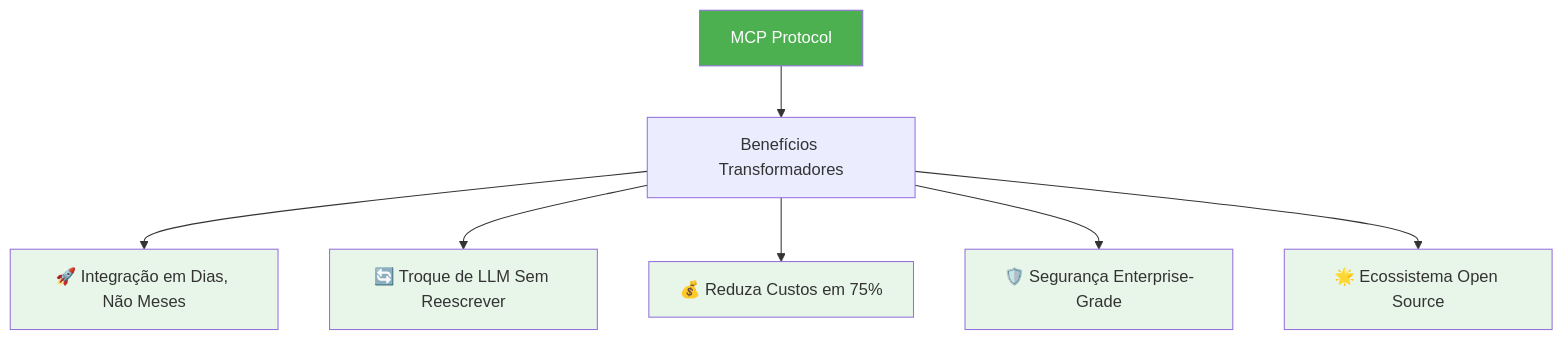
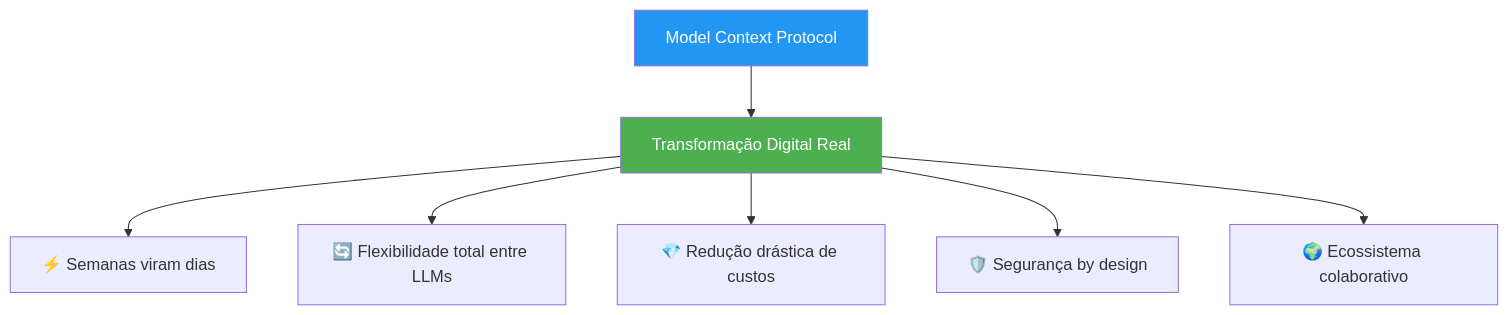
One commit to felipepimentel/my-public-notes changed the third of 17 diagrams in AI/Comunicação/MCP/00-mcp-presentation-zero to hero.md. Above: the diagram before and after it, drawn with Mermaid. The commit also changed other lines of this file, not shown here.

````diff
--- a/AI/Comunicação/MCP/00-mcp-presentation-zero to hero.md
+++ b/AI/Comunicação/MCP/00-mcp-presentation-zero to hero.md
@@ -57,17 +57,13 @@
 ```mermaid
 graph TD
-    MCP[MCP Protocol] --> BEN[Benefícios Transformadores]
+    MCP[Model Context Protocol] --> TRANS[Transformação Digital Real]
     
-    BEN --> B1[🚀 Integração em Dias, Não Meses]
-    BEN --> B2[🔄 Troque de LLM Sem Reescrever]
-    BEN --> B3[💰 Reduza Custos em 75%]
-    BEN --> B4[🛡️ Segurança Enterprise-Grade]
-    BEN --> B5[🌟 Ecossistema Open Source]
+    TRANS --> T1[⚡ Semanas viram dias]
+    TRANS --> T2[🔄 Flexibilidade total entre LLMs]
+    TRANS --> T3[💎 Redução drástica de custos]
+    TRANS --> T4[🛡️ Segurança by design]
+    TRANS --> T5[🌍 Ecossistema colaborativo]
     
-    style MCP fill:#4CAF50,color:#fff
-    style B1 fill:#e8f5e9
-    style B2 fill:#e8f5e9
-    style B3 fill:#e8f5e9
-    style B4 fill:#e8f5e9
-    style B5 fill:#e8f5e9
+    style MCP fill:#2196F3,color:#fff
+    style TRANS fill:#4CAF50,color:#fff
 ```
````
